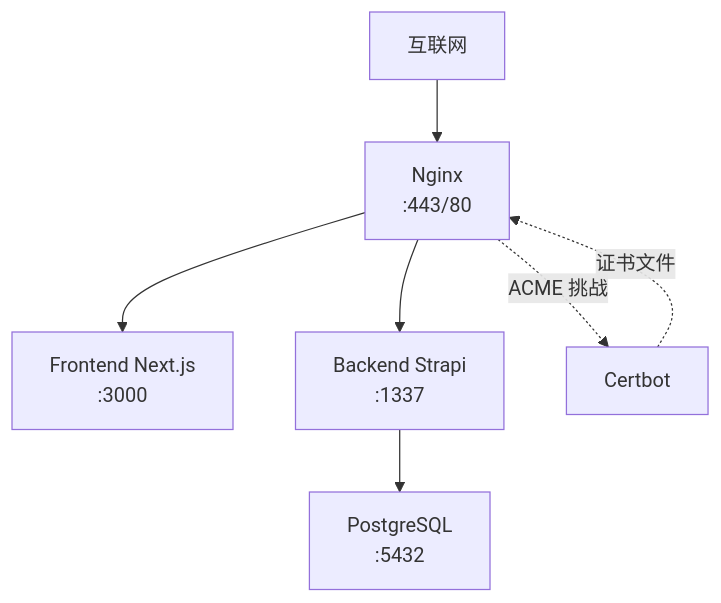
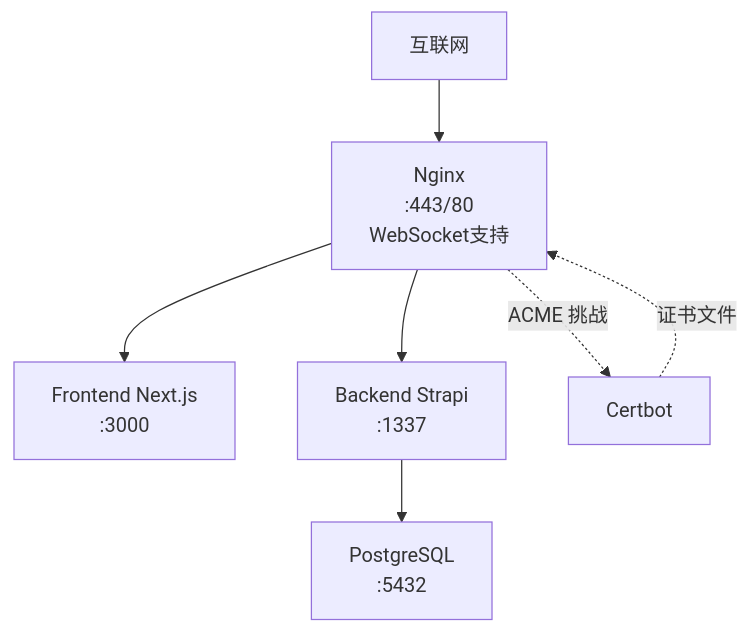
The second of 4 diagrams in .qoder/repowiki/zh/content/部署和运维/部署配置/Nginx和SSL配置.md (Will0253/zczk), drawn with Mermaid before and after one commit. The commit also changed other lines of this file and 13 other files, not shown here.

````diff
--- a/.qoder/repowiki/zh/content/部署和运维/部署配置/Nginx和SSL配置.md
+++ b/.qoder/repowiki/zh/content/部署和运维/部署配置/Nginx和SSL配置.md
@@ -81,9 +101,9 @@
 ```mermaid
 graph TB
-Internet["互联网"] --> Nginx["Nginx<br/>:443/80"]
+Internet["互联网"] --> Nginx["Nginx<br/>:443/80<br/>WebSocket支持"]
 Nginx --> FE["Frontend Next.js<br/>:3000"]
 Nginx --> BE["Backend Strapi<br/>:1337"]
 BE --> DB["PostgreSQL<br/>:5432"]
 Nginx -. "ACME 挑战" .-> Cert["Certbot"]
 Cert -. "证书文件" .-> Nginx
 ```
````
